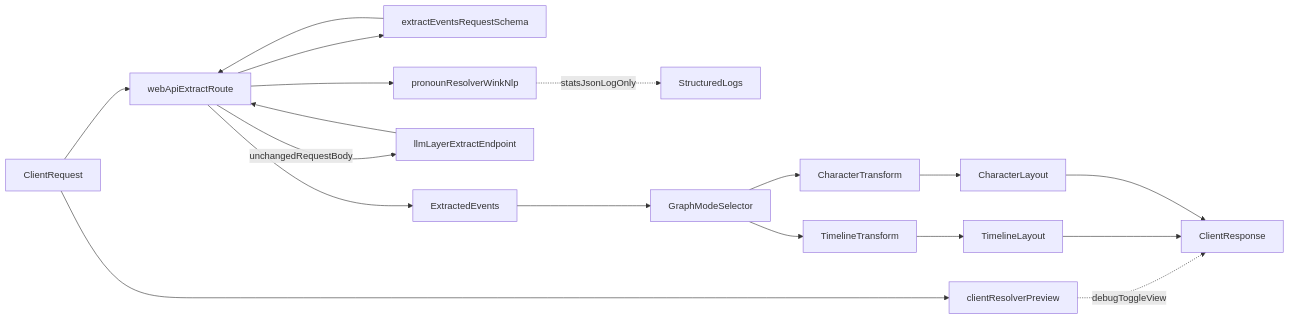
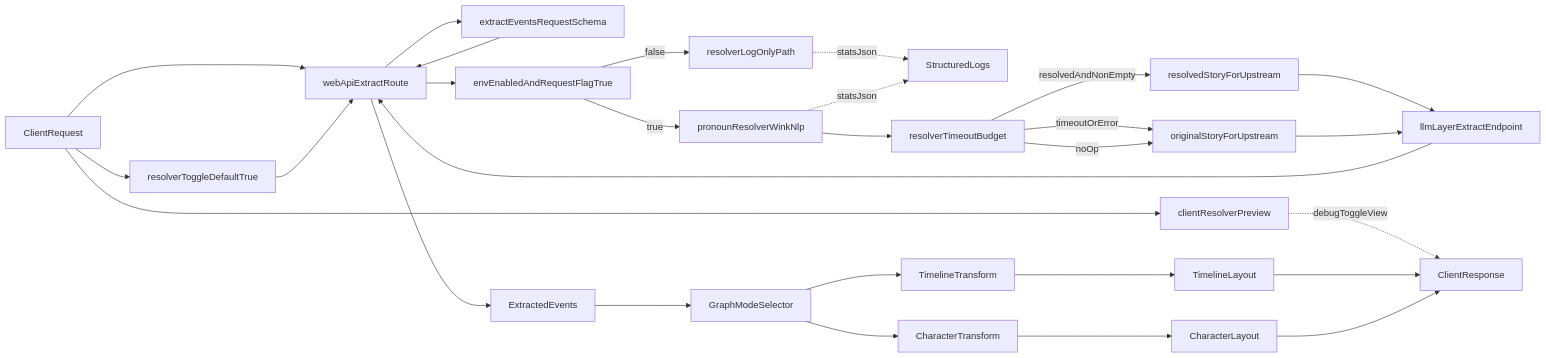
The diagram in Architecture.md (roopamgarg/storylens-webapp), drawn with Mermaid before and after one commit. The commit also changed other lines of this file and 6 other files, not shown here.

Commit message:
Passing pronounce resolved message to llm layer

````diff
--- a/Architecture.md
+++ b/Architecture.md
@@ -69,20 +73,30 @@
 ```mermaid
 flowchart LR
   clientIn[ClientRequest] --> proxy[webApiExtractRoute]
+  clientIn --> toggle[resolverToggleDefaultTrue]
   clientIn --> preview[clientResolverPreview]
   preview -.->|debugToggleView| clientOut
   proxy --> zod[extractEventsRequestSchema]
   zod --> proxy
-  proxy --> resolver[pronounResolverWinkNlp]
-  resolver -.->|statsJsonLogOnly| logs[StructuredLogs]
-  proxy -->|unchangedRequestBody| upstream[llmLayerExtractEndpoint]
+  toggle --> proxy
+  proxy --> gate[envEnabledAndRequestFlagTrue]
+  gate -->|true| resolver[pronounResolverWinkNlp]
+  gate -->|false| logOnly[resolverLogOnlyPath]
+  logOnly -.->|statsJson| logs[StructuredLogs]
+  resolver --> timeoutBudget[resolverTimeoutBudget]
+  timeoutBudget -->|timeoutOrError| originalStory[originalStoryForUpstream]
+  timeoutBudget -->|resolvedAndNonEmpty| resolvedStory[resolvedStoryForUpstream]
+  timeoutBudget -->|noOp| originalStory
+  resolvedStory --> upstream[llmLayerExtractEndpoint]
+  originalStory --> upstream
+  resolver -.->|statsJson| logs
   upstream --> proxy
   proxy --> extractedEvents[ExtractedEvents]
   extractedEvents --> graphModeSelector[GraphModeSelector]
   graphModeSelector --> timelineTransform[TimelineTransform]
   graphModeSelector --> characterTransform[CharacterTransform]
   timelineTransform --> timelineLayout[TimelineLayout]
   characterTransform --> characterLayout[CharacterLayout]
   timelineLayout --> clientOut[ClientResponse]
   characterLayout --> clientOut
 ```
````
